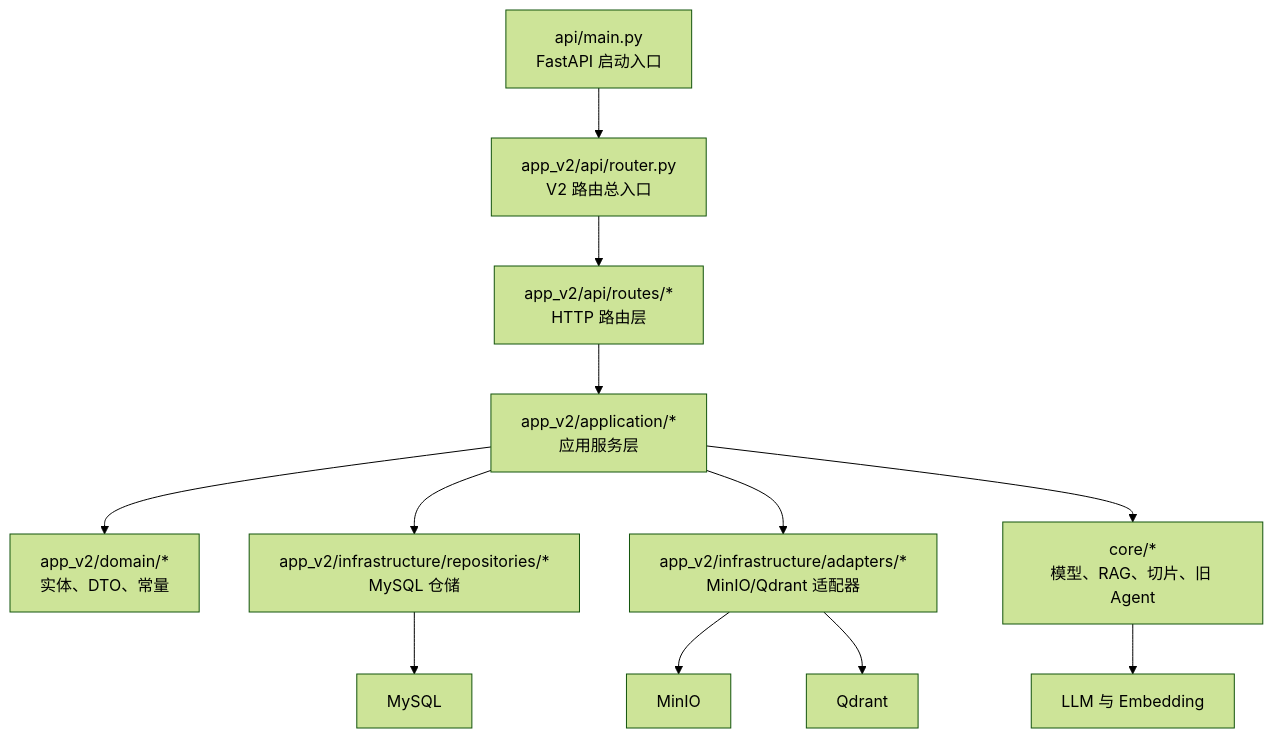
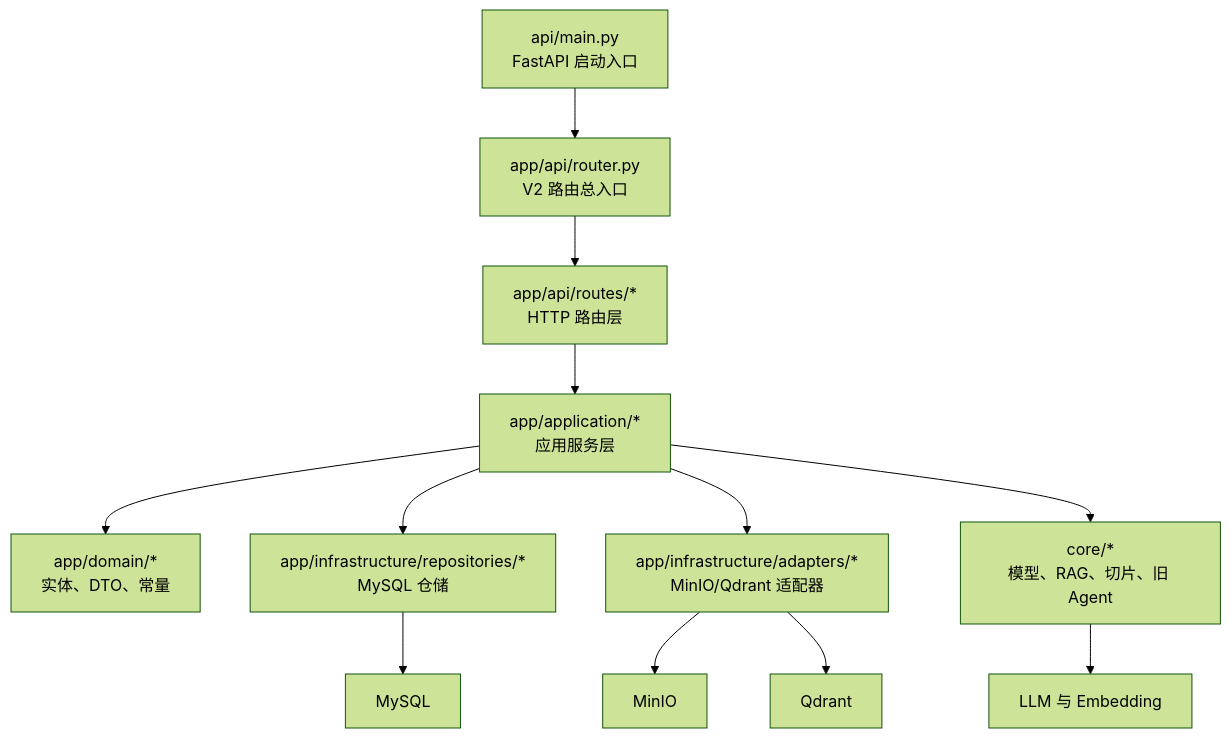
One commit to chen-liang-22/AI_RAG_Agent_Project changed the first of 3 diagrams in docs/整体分析/02-项目详细设计.md. Above: the diagram before and after it, drawn with Mermaid (forest theme). The commit also changed 140 other files, not shown here.

````diff
--- a/docs/整体分析/02-项目详细设计.md
+++ b/docs/整体分析/02-项目详细设计.md
@@ -14,14 +14,14 @@
 ```mermaid
 flowchart TB
-  API["api/main.py<br/>FastAPI 启动入口"] --> Router["app_v2/api/router.py<br/>V2 路由总入口"]
-  Router --> Routes["app_v2/api/routes/*<br/>HTTP 路由层"]
-  Routes --> App["app_v2/application/*<br/>应用服务层"]
-  App --> Domain["app_v2/domain/*<br/>实体、DTO、常量"]
-  App --> Repo["app_v2/infrastructure/repositories/*<br/>MySQL 仓储"]
-  App --> Adapter["app_v2/infrastructure/adapters/*<br/>MinIO/Qdrant 适配器"]
+  API["api/main.py<br/>FastAPI 启动入口"] --> Router["app/api/router.py<br/>V2 路由总入口"]
+  Router --> Routes["app/api/routes/*<br/>HTTP 路由层"]
+  Routes --> App["app/application/*<br/>应用服务层"]
+  App --> Domain["app/domain/*<br/>实体、DTO、常量"]
+  App --> Repo["app/infrastructure/repositories/*<br/>MySQL 仓储"]
+  App --> Adapter["app/infrastructure/adapters/*<br/>MinIO/Qdrant 适配器"]
   App --> Core["core/*<br/>模型、RAG、切片、旧 Agent"]
   Repo --> MySQL["MySQL"]
   Adapter --> MinIO["MinIO"]
   Adapter --> Qdrant["Qdrant"]
   Core --> LLM["LLM 与 Embedding"]
 ```
````
